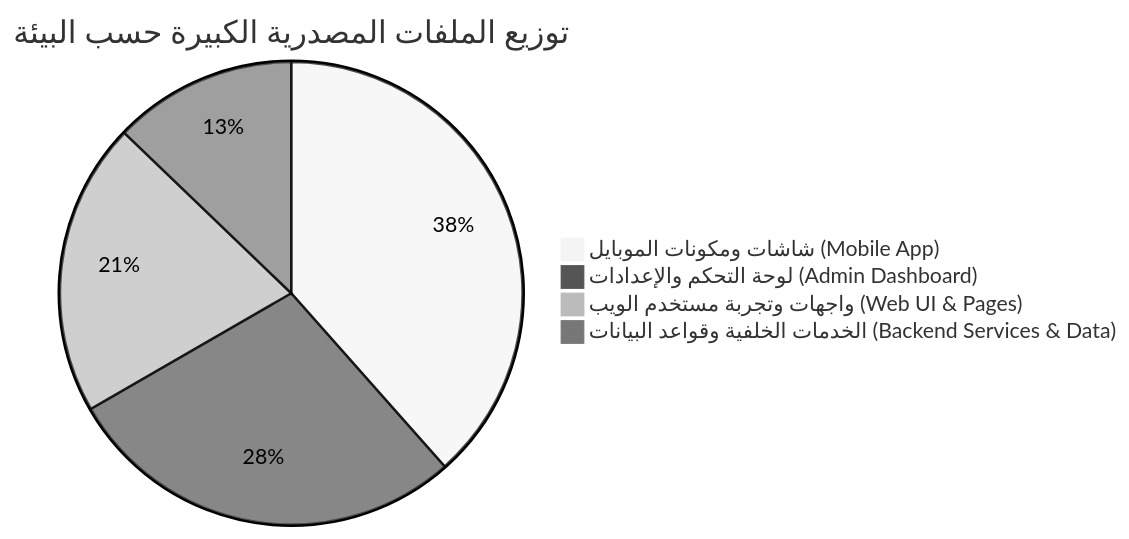
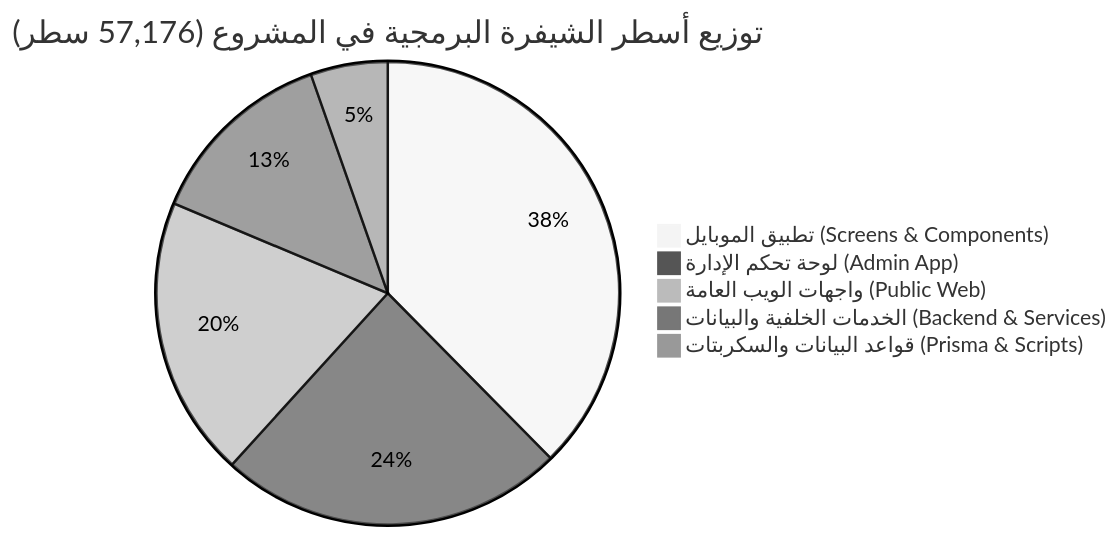
Before and after one commit to ammarnaass/slam-dunk-w: the first of 3 diagrams in LARGE_FILES_ANALYSIS.md, drawn with Mermaid (neutral theme). The commit also changed other lines of this file and 111 other files, not shown here.

````diff
--- a/LARGE_FILES_ANALYSIS.md
+++ b/LARGE_FILES_ANALYSIS.md
@@ -18,7 +33,8 @@
 ```mermaid
-pie title توزيع الملفات المصدرية الكبيرة حسب البيئة
-    "شاشات ومكونات الموبايل (Mobile App)" : 15
-    "لوحة التحكم والإعدادات (Admin Dashboard)" : 11
-    "واجهات وتجربة مستخدم الويب (Web UI & Pages)" : 8
-    "الخدمات الخلفية وقواعد البيانات (Backend Services & Data)" : 5
+pie title توزيع أسطر الشيفرة البرمجية في المشروع (57,176 سطر)
+    "تطبيق الموبايل (Screens & Components)" : 21500
+    "لوحة تحكم الإدارة (Admin App)" : 13800
+    "واجهات الويب العامة (Public Web)" : 11200
+    "الخدمات الخلفية والبيانات (Backend & Services)" : 7600
+    "قواعد البيانات والسكربتات (Prisma & Scripts)" : 3076
 ```
````
